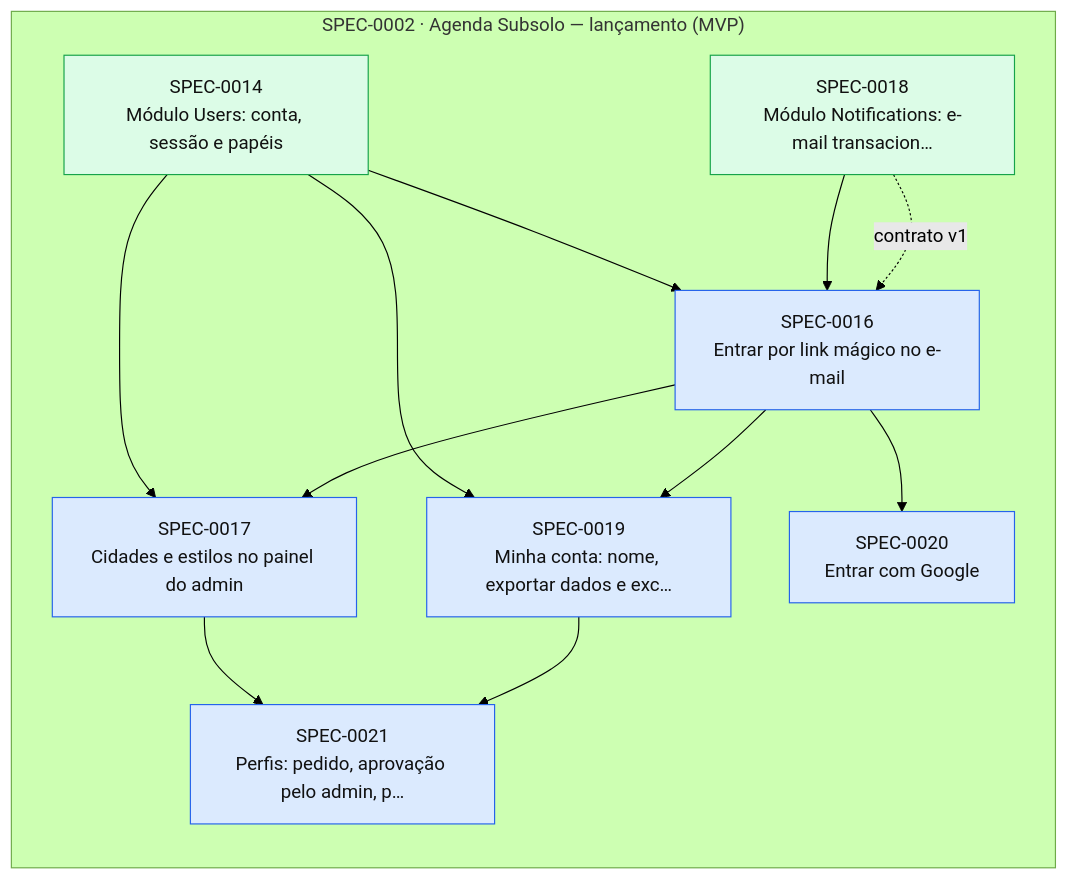
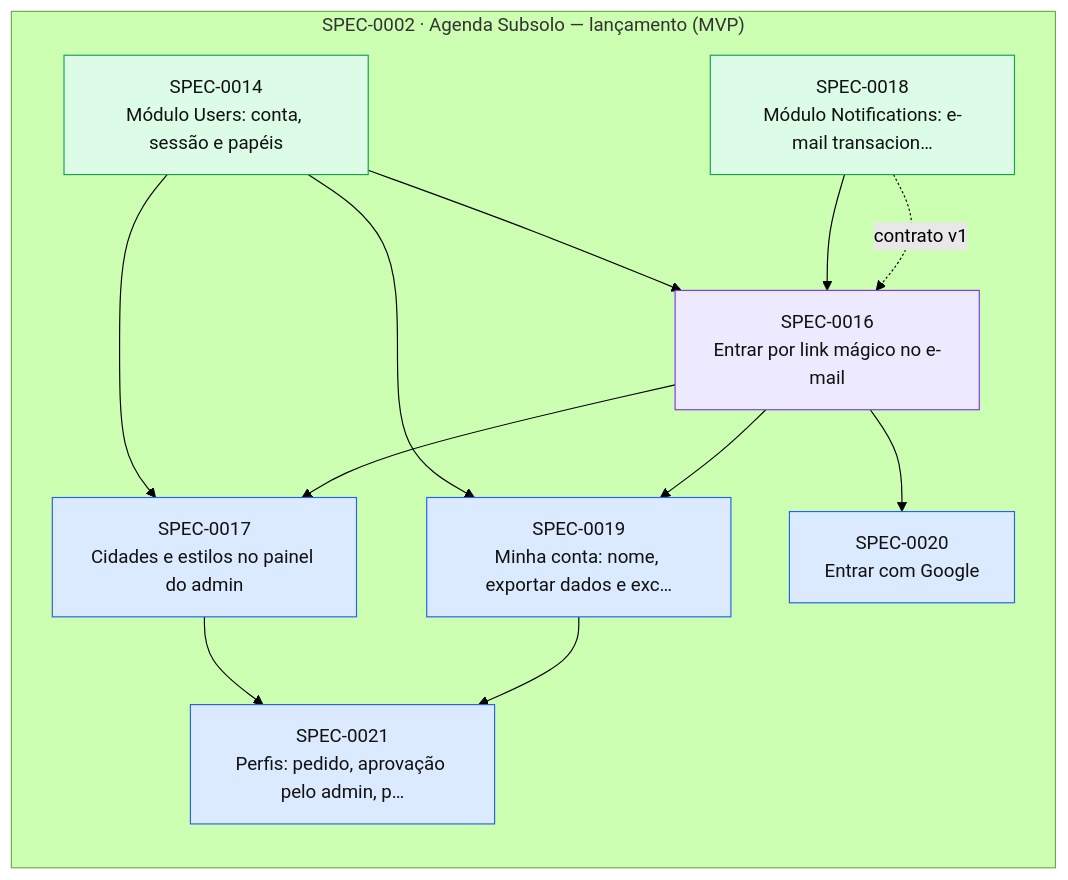
One commit to thomasravache/subsolo changed the diagram in docs/specs/INDEX.md. Above: the diagram before and after it, drawn with Mermaid (forest theme). The commit also changed other lines of this file and 1 other file, not shown here.

First line of the commit message:
docs(sdd): record SPEC-0016 G2-G4

````diff
--- a/docs/specs/INDEX.md
+++ b/docs/specs/INDEX.md
@@ -69,27 +69,27 @@
 ```mermaid
 flowchart LR
   subgraph E0002["SPEC-0002 · Agenda Subsolo — lançamento (MVP)"]
     S0014["SPEC-0014<br/>Módulo Users: conta, sessão e papéis"]:::implemented
-    S0016["SPEC-0016<br/>Entrar por link mágico no e-mail"]:::approved
+    S0016["SPEC-0016<br/>Entrar por link mágico no e-mail"]:::inprogress
     S0017["SPEC-0017<br/>Cidades e estilos no painel do admin"]:::approved
     S0018["SPEC-0018<br/>Módulo Notifications: e-mail transacion…"]:::implemented
     S0019["SPEC-0019<br/>Minha conta: nome, exportar dados e exc…"]:::approved
     S0020["SPEC-0020<br/>Entrar com Google"]:::approved
     S0021["SPEC-0021<br/>Perfis: pedido, aprovação pelo admin, p…"]:::approved
   end
   S0014 --> S0016
   S0018 --> S0016
   S0018 -. contrato v1 .-> S0016
   S0014 --> S0017
   S0016 --> S0017
   S0014 --> S0019
   S0016 --> S0019
   S0016 --> S0020
   S0017 --> S0021
   S0019 --> S0021
   classDef proposed fill:#fef3c7,stroke:#d97706,color:#111
   classDef approved fill:#dbeafe,stroke:#2563eb,color:#111
   classDef inprogress fill:#ede9fe,stroke:#7c3aed,color:#111
   classDef implemented fill:#dcfce7,stroke:#16a34a,color:#111
   classDef deprecated fill:#f3f4f6,stroke:#9ca3af,color:#6b7280
 ```
````
